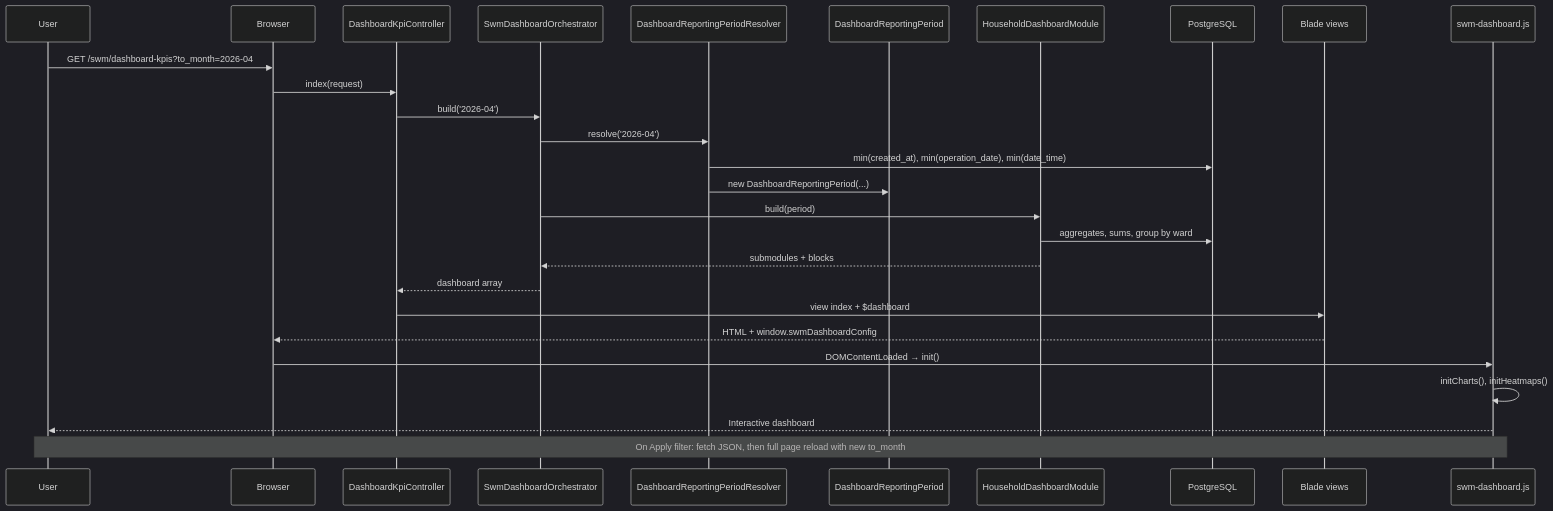
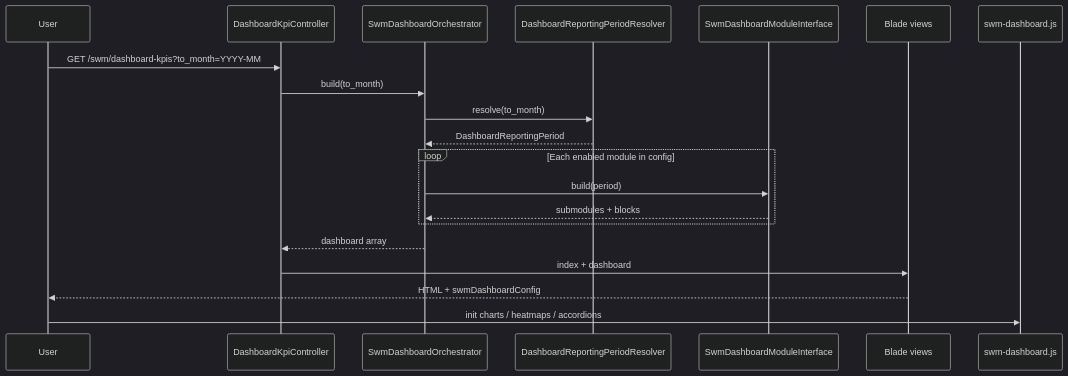
Before and after one commit to mahabubulhasan/base-imis-ispl: the second of 2 diagrams in documentations/code_documents/20 - swm-dashboard-data-flow.md, drawn with Mermaid (dark theme). The commit also changed other lines of this file and 12 other files, not shown here.

Commit message:
service facilities resolved in swm dashboard

````diff
--- a/documentations/code_documents/20 - swm-dashboard-data-flow.md
+++ b/documentations/code_documents/20 - swm-dashboard-data-flow.md
@@ -55,31 +141,23 @@
 ```mermaid
 sequenceDiagram
     participant User
-    participant Browser
     participant Controller as DashboardKpiController
     participant Orch as SwmDashboardOrchestrator
     participant Resolver as DashboardReportingPeriodResolver
-    participant Period as DashboardReportingPeriod
-    participant Module as HouseholdDashboardModule
-    participant DB as PostgreSQL
+    participant Module as SwmDashboardModuleInterface
     participant Blade as Blade views
     participant JS as swm-dashboard.js
 
-    User->>Browser: GET /swm/dashboard-kpis?to_month=2026-04
-    Browser->>Controller: index(request)
-    Controller->>Orch: build('2026-04')
-    Orch->>Resolver: resolve('2026-04')
-    Resolver->>DB: min(created_at), min(operation_date), min(date_time)
-    Resolver->>Period: new DashboardReportingPeriod(...)
-    Orch->>Module: build(period)
-    Module->>DB: aggregates, sums, group by ward
-    Module-->>Orch: submodules + blocks
+    User->>Controller: GET /swm/dashboard-kpis?to_month=YYYY-MM
+    Controller->>Orch: build(to_month)
+    Orch->>Resolver: resolve(to_month)
+    Resolver-->>Orch: DashboardReportingPeriod
+    loop Each enabled module in config
+        Orch->>Module: build(period)
+        Module-->>Orch: submodules + blocks
+    end
     Orch-->>Controller: dashboard array
-    Controller->>Blade: view index + $dashboard
-    Blade-->>Browser: HTML + window.swmDashboardConfig
-    Browser->>JS: DOMContentLoaded → init()
-    JS->>JS: initCharts(), initHeatmaps()
-    JS-->>User: Interactive dashboard
-
-    Note over User,JS: On Apply filter: fetch JSON, then full page reload with new to_month
+    Controller->>Blade: index + dashboard
+    Blade-->>User: HTML + swmDashboardConfig
+    User->>JS: init charts / heatmaps / accordions
 ```
````
